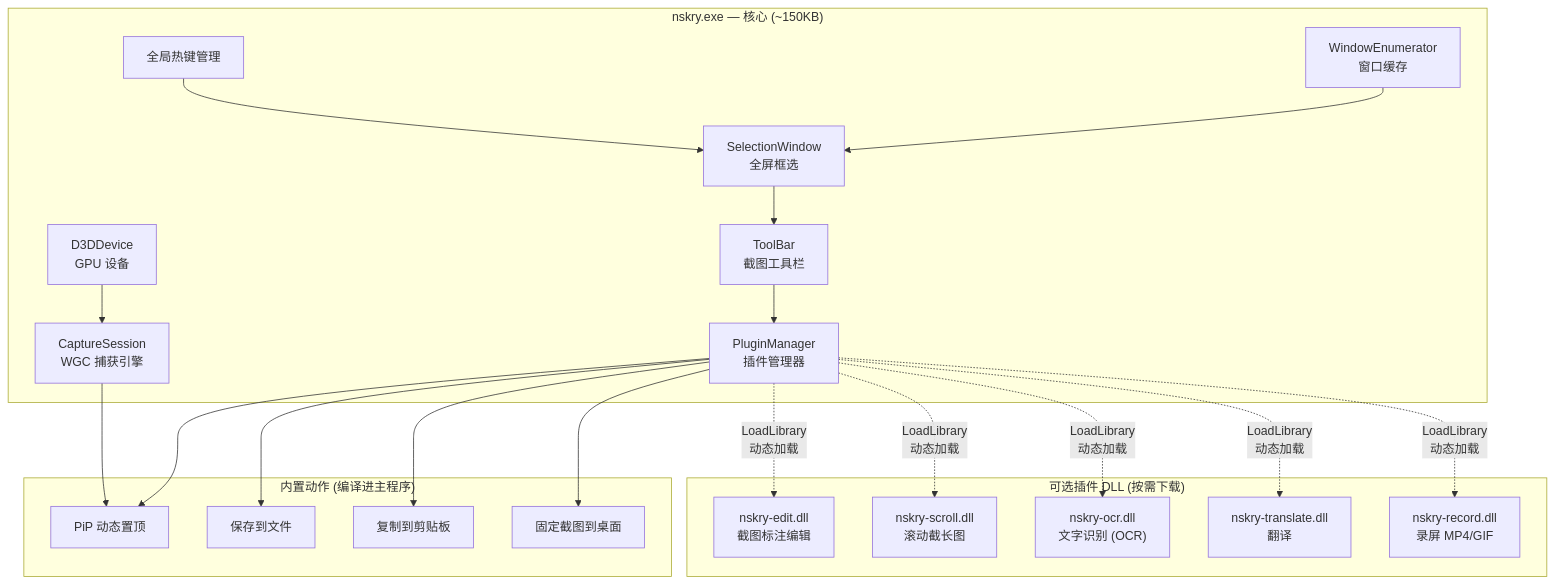
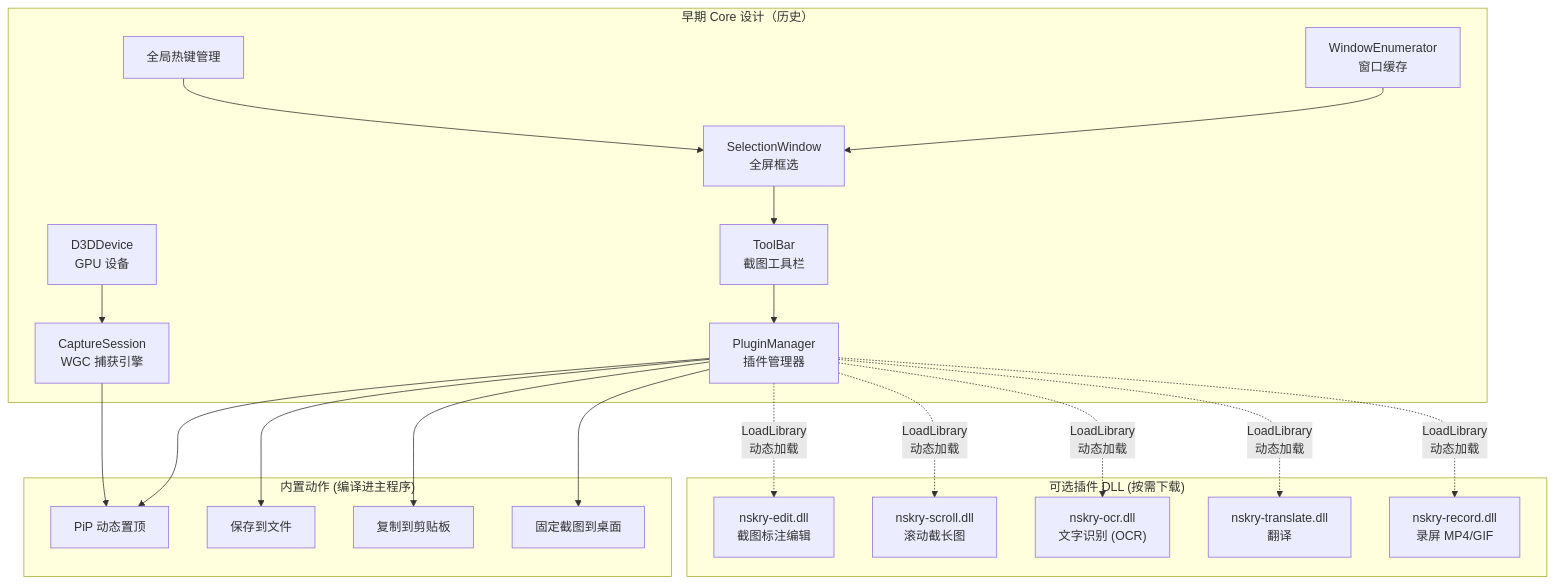
One commit to GuanT0u/Nskry changed the diagram in docs/implementation_plan.md. Above: the diagram before and after it, drawn with Mermaid. The commit also changed other lines of this file and 77 other files, not shown here.

````diff
--- a/docs/implementation_plan.md
+++ b/docs/implementation_plan.md
@@ -14,36 +20,36 @@
 ```mermaid
 graph TB
-    subgraph Core ["nskry.exe — 核心 (~150KB)"]
+    subgraph Core ["早期 Core 设计（历史）"]
         HK["全局热键管理"]
         SEL["SelectionWindow<br/>全屏框选"]
         WE["WindowEnumerator<br/>窗口缓存"]
         D3D["D3DDevice<br/>GPU 设备"]
         CAP["CaptureSession<br/>WGC 捕获引擎"]
         PM["PluginManager<br/>插件管理器"]
         TB["ToolBar<br/>截图工具栏"]
     end
 
     subgraph Builtin ["内置动作 (编译进主程序)"]
         ACT_PIP["PiP 动态置顶"]
         ACT_SAVE["保存到文件"]
         ACT_CLIP["复制到剪贴板"]
         ACT_PIN["固定截图到桌面"]
     end
 
     subgraph Plugins ["可选插件 DLL (按需下载)"]
         P_EDIT["nskry-edit.dll<br/>截图标注编辑"]
         P_SCROLL["nskry-scroll.dll<br/>滚动截长图"]
         P_OCR["nskry-ocr.dll<br/>文字识别 (OCR)"]
         P_TRANS["nskry-translate.dll<br/>翻译"]
         P_REC["nskry-record.dll<br/>录屏 MP4/GIF"]
     end
 
     HK --> SEL
     SEL --> TB
     TB --> PM
     PM --> ACT_PIP & ACT_SAVE & ACT_CLIP & ACT_PIN
     PM -.->|"LoadLibrary<br/>动态加载"| P_EDIT & P_SCROLL & P_OCR & P_TRANS & P_REC
     CAP --> ACT_PIP
     D3D --> CAP
     WE --> SEL
 ```
````
